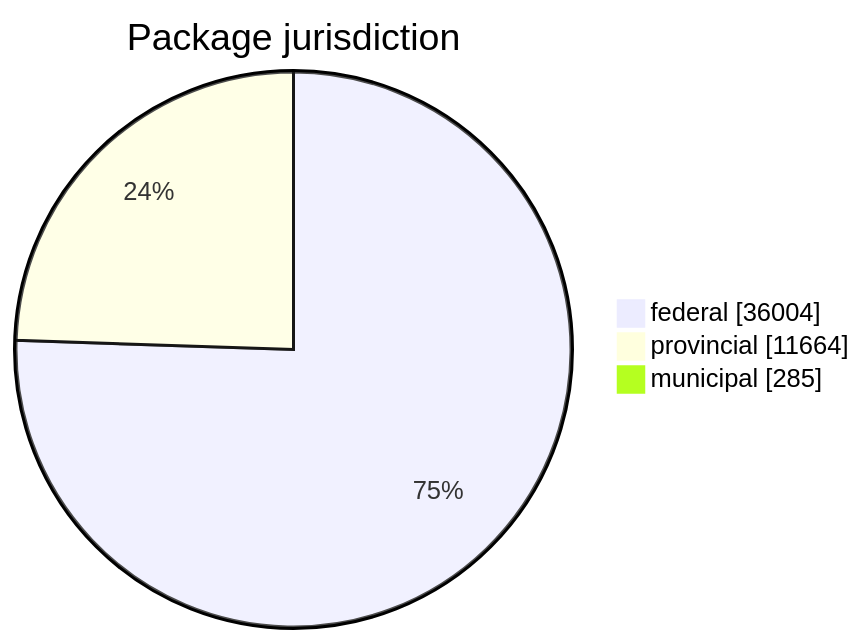
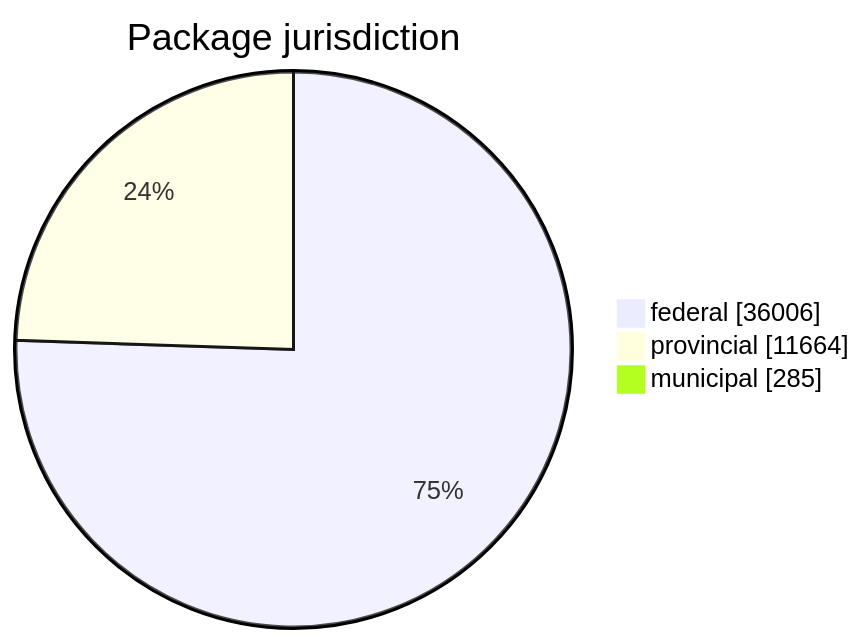
One commit to open-data/analytics-corporate-reporting changed the first of 5 diagrams in FreshCheck/README.md. Above: the diagram before and after it, drawn with Mermaid. The commit also changed other lines of this file and 3 other files, not shown here.

````diff
--- a/FreshCheck/README.md
+++ b/FreshCheck/README.md
@@ -60,6 +60,6 @@
 ```mermaid
 pie showData title Package jurisdiction
-    "federal": 36004
+    "federal": 36006
     "provincial": 11664
     "municipal": 285
 ```
````
